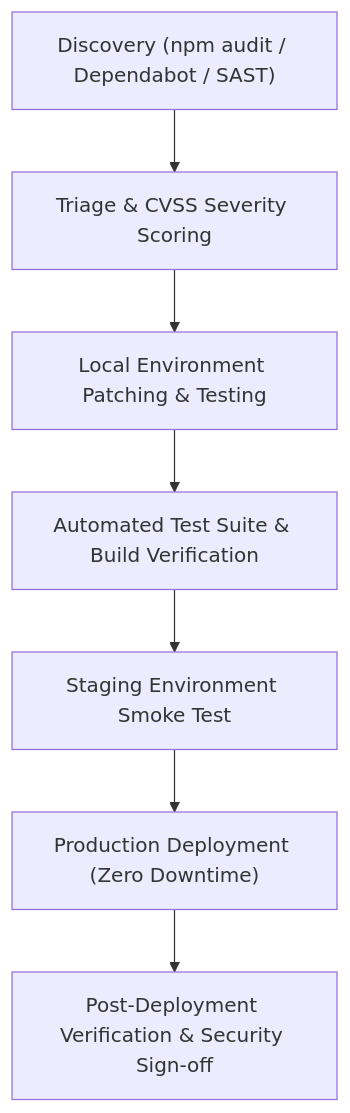
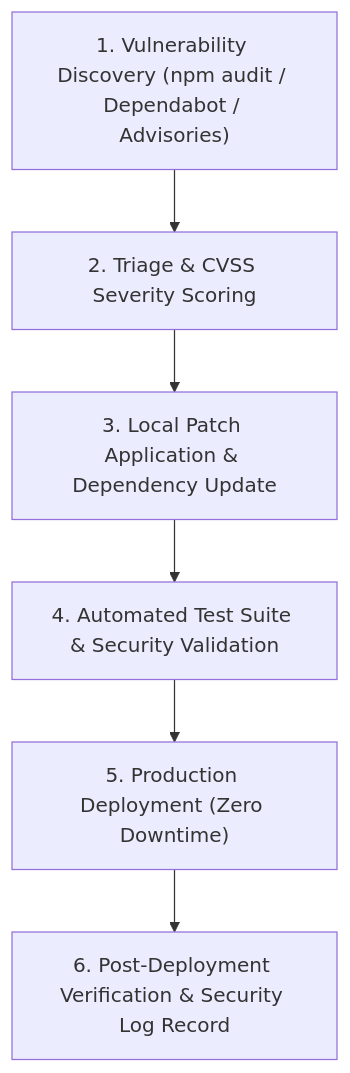
The diagram in docs/security/vulnerability-management-policy.md (rasali535/alinew), drawn with Mermaid before and after one commit. The commit also changed other lines of this file, not shown here.

Commit message:
docs(security): update Vulnerability, Patch and Update Management Policy for Meta requirement updated-17.a.i

````diff
--- a/docs/security/vulnerability-management-policy.md
+++ b/docs/security/vulnerability-management-policy.md
@@ -46,9 +84,8 @@
 ```mermaid
 graph TD
-    A["Discovery (npm audit / Dependabot / SAST)"] --> B["Triage & CVSS Severity Scoring"]
-    B --> C["Local Environment Patching & Testing"]
-    C --> D["Automated Test Suite & Build Verification"]
-    D --> E["Staging Environment Smoke Test"]
-    E --> F["Production Deployment (Zero Downtime)"]
-    F --> G["Post-Deployment Verification & Security Sign-off"]
+    A["1. Vulnerability Discovery (npm audit / Dependabot / Advisories)"] --> B["2. Triage & CVSS Severity Scoring"]
+    B --> C["3. Local Patch Application & Dependency Update"]
+    C --> D["4. Automated Test Suite & Security Validation"]
+    D --> E["5. Production Deployment (Zero Downtime)"]
+    E --> F["6. Post-Deployment Verification & Security Log Record"]
 ```
````
